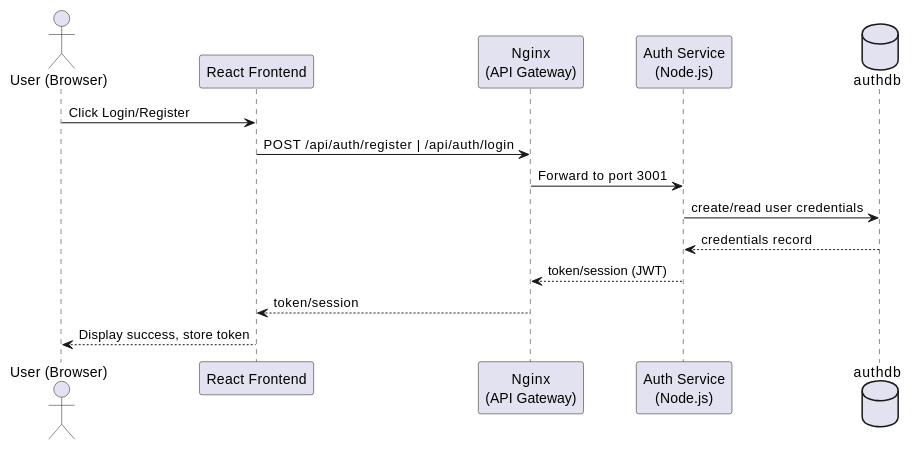
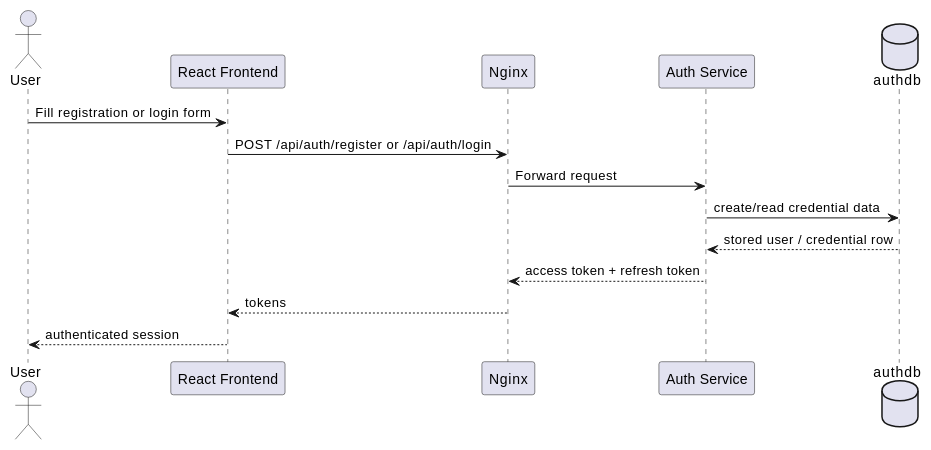
The first of 8 diagrams in docs/src/06_runtime_view.adoc (Arquisoft/yovi_es1c), drawn with PlantUML before and after one commit. The commit also changed other lines of this file and 10 other files, not shown here.

```diff
--- a/docs/src/06_runtime_view.adoc
+++ b/docs/src/06_runtime_view.adoc
@@ -14,17 +8,17 @@
-[plantuml, "runtime-login", png]
+[plantuml, runtime-login, png]
 ----
-actor "User (Browser)" as Human
+actor "User" as Human
 participant "React Frontend" as Frontend
-participant "Nginx\n(API Gateway)" as Nginx
-participant "Auth Service\n(Node.js)" as Auth
+participant "Nginx" as Nginx
+participant "Auth Service" as Auth
 database "authdb" as AuthDB
 
-Human -> Frontend: Click Login/Register
-Frontend -> Nginx: POST /api/auth/register | /api/auth/login
-Nginx -> Auth: Forward to port 3001
-Auth -> AuthDB: create/read user credentials
-AuthDB --> Auth: credentials record
-Auth --> Nginx: token/session (JWT)
-Nginx --> Frontend: token/session
-Frontend --> Human: Display success, store token
+Human -> Frontend: Fill registration or login form
+Frontend -> Nginx: POST /api/auth/register or /api/auth/login
+Nginx -> Auth: Forward request
+Auth -> AuthDB: create/read credential data
+AuthDB --> Auth: stored user / credential row
+Auth --> Nginx: access token + refresh token
+Nginx --> Frontend: tokens
+Frontend --> Human: authenticated session
 ----
```
